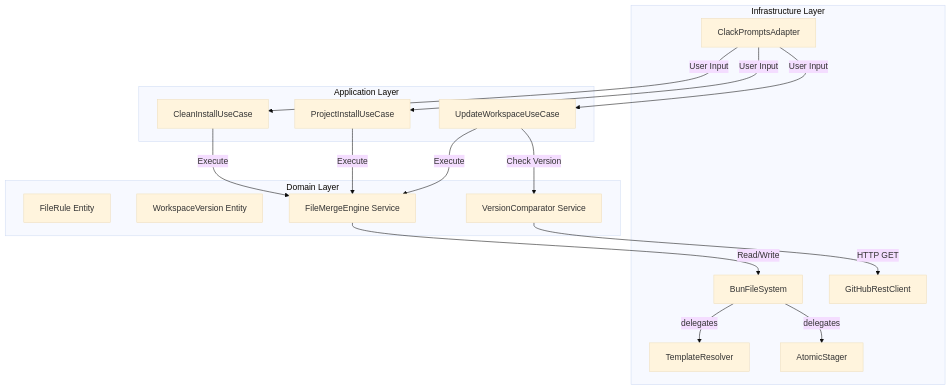
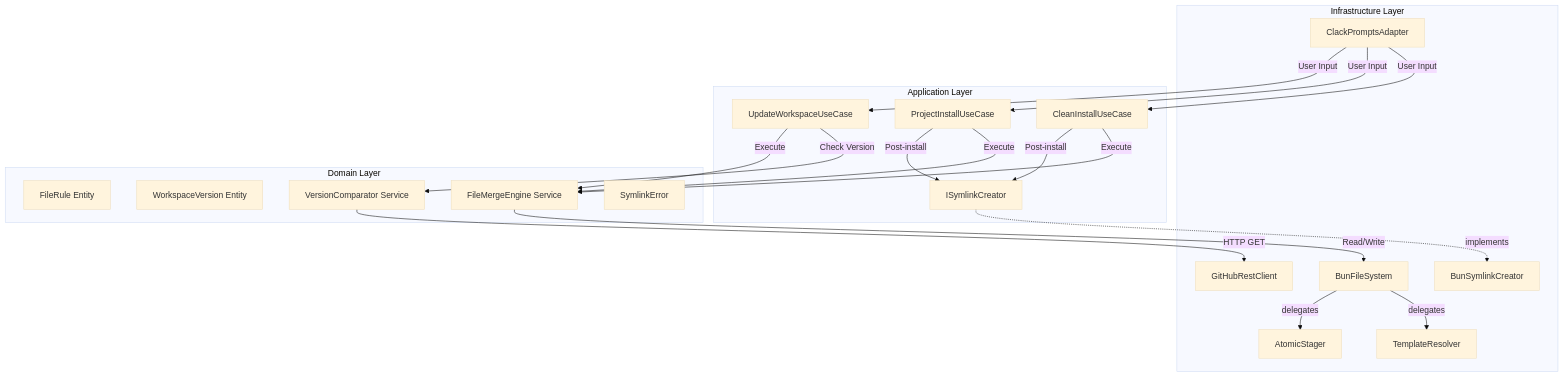
The diagram in docs/ARCHITECTURE.md (Fisherk2/codice-opencode), drawn with Mermaid (base theme) before and after one commit. The commit also changed other lines of this file and 33 other files, not shown here.

First line of the commit message:
release: v1.0.7 — Symlink post-install generation + ship review fixes

````diff
--- a/docs/ARCHITECTURE.md
+++ b/docs/ARCHITECTURE.md
@@ -36,38 +37,45 @@
 ```mermaid
 graph TD
     subgraph "Infrastructure Layer"
         FS[BunFileSystem]
         TR[TemplateResolver]
         AS[AtomicStager]
         GH[GitHubRestClient]
         TUI[ClackPromptsAdapter]
+        BSC[BunSymlinkCreator]
 
         FS -->|delegates| TR
         FS -->|delegates| AS
     end
 
     subgraph "Application Layer"
         UC1[CleanInstallUseCase]
         UC2[ProjectInstallUseCase]
         UC3[UpdateWorkspaceUseCase]
+        ISP[ISymlinkCreator]
     end
 
     subgraph "Domain Layer"
         ENT1[FileRule Entity]
         ENT2[WorkspaceVersion Entity]
         SRV1[FileMergeEngine Service]
         SRV2[VersionComparator Service]
+        ERR[SymlinkError]
     end
 
     TUI -->|User Input| UC1
     TUI -->|User Input| UC2
     TUI -->|User Input| UC3
     
     UC1 -->|Execute| SRV1
     UC2 -->|Execute| SRV1
     UC3 -->|Check Version| SRV2
     UC3 -->|Execute| SRV1
     
+    UC1 -->|Post-install| ISP
+    UC2 -->|Post-install| ISP
+    
     SRV1 -->|Read/Write| FS
     SRV2 -->|HTTP GET| GH
+    ISP -.->|implements| BSC
 ```
````
